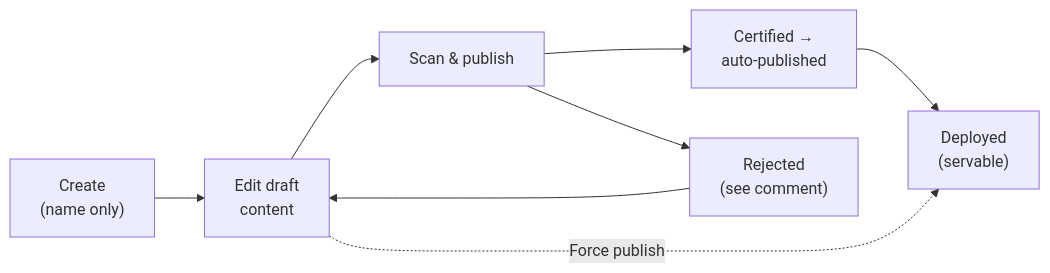
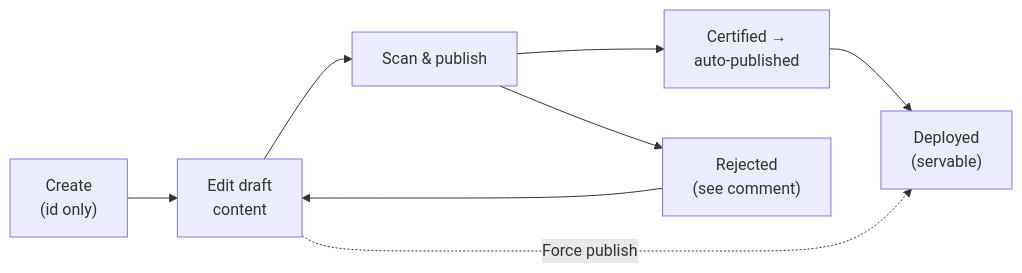
The diagram in docs/uxopian-ai/admin/managing_scripts.md (Uxopian/uxodocs), drawn with Mermaid before and after one commit. The commit also changed other lines of this file and 3 other files, not shown here.

````diff
--- a/docs/uxopian-ai/admin/managing_scripts.md
+++ b/docs/uxopian-ai/admin/managing_scripts.md
@@ -21,17 +21,17 @@
 ```mermaid
 flowchart LR
-    Create["Create<br/>(name only)"]
+    Create["Create<br/>(id only)"]
     Draft["Edit draft<br/>content"]
     Scan["Scan & publish"]
     Certified["Certified →<br/>auto-published"]
     Rejected["Rejected<br/>(see comment)"]
     Deployed["Deployed<br/>(servable)"]
 
     Create --> Draft
     Draft --> Scan
     Scan --> Certified
     Scan --> Rejected
     Certified --> Deployed
     Rejected --> Draft
     Draft -. "Force publish" .-> Deployed
 ```
````
